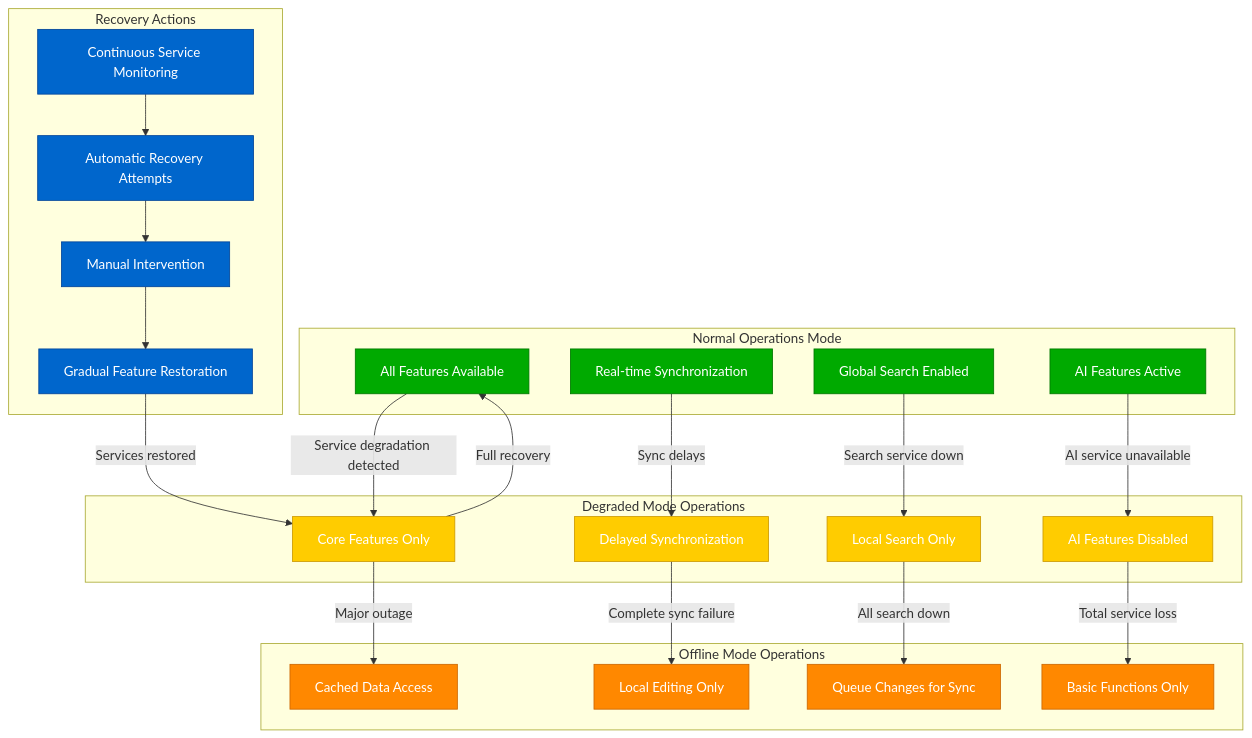
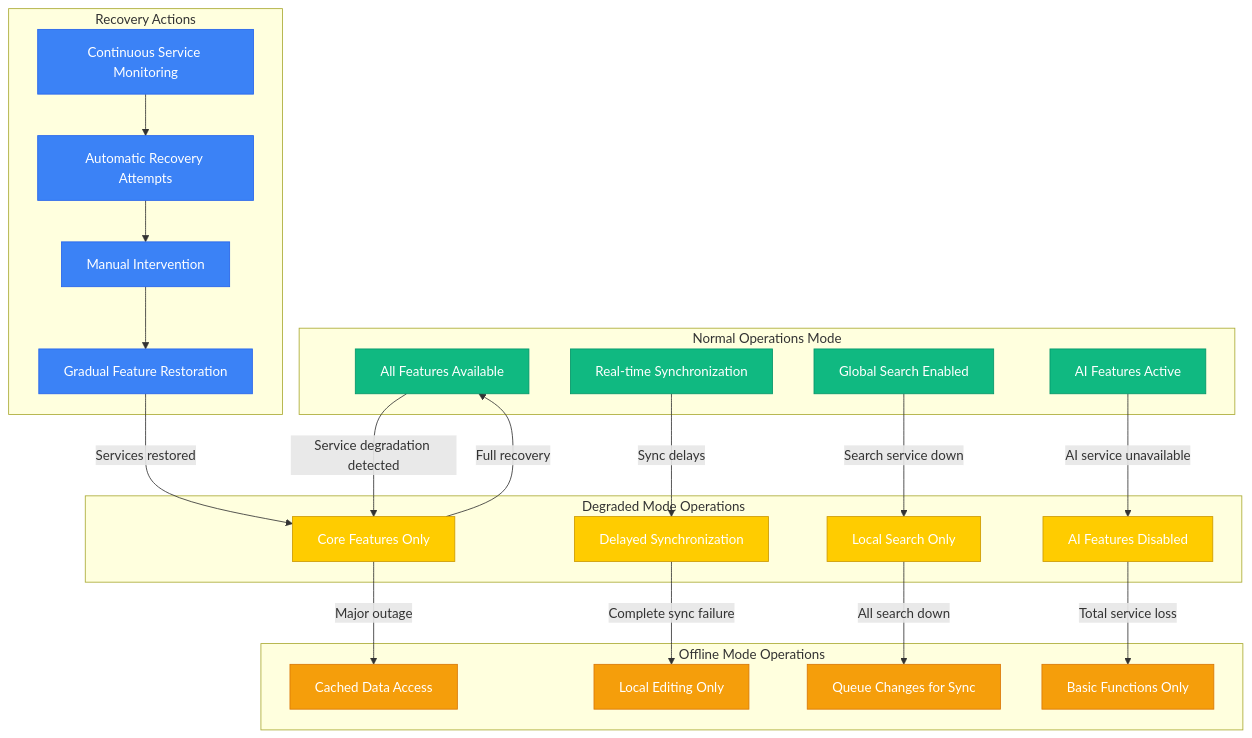
One commit to deepaucksharma/DS changed the sixth of 10 diagrams in site/docs/systems/microsoft/failure-domains.md. Above: the diagram before and after it, drawn with Mermaid. The commit also changed other lines of this file and 303 other files, not shown here.

````diff
--- a/site/docs/systems/microsoft/failure-domains.md
+++ b/site/docs/systems/microsoft/failure-domains.md
@@ -305,61 +305,61 @@
 ```mermaid
 graph TB
     subgraph NormalOperations[Normal Operations Mode]
         FULL_FEATURES[All Features Available]
         REAL_TIME_SYNC[Real-time Synchronization]
         GLOBAL_SEARCH[Global Search Enabled]
         AI_FEATURES[AI Features Active]
     end
 
     subgraph DegradedMode[Degraded Mode Operations]
         CORE_FEATURES[Core Features Only]
         DELAYED_SYNC[Delayed Synchronization]
         LOCAL_SEARCH[Local Search Only]
         AI_DISABLED[AI Features Disabled]
     end
 
     subgraph OfflineMode[Offline Mode Operations]
         CACHED_DATA[Cached Data Access]
         LOCAL_EDITING[Local Editing Only]
         QUEUE_CHANGES[Queue Changes for Sync]
         BASIC_FUNCTIONS[Basic Functions Only]
     end
 
     subgraph RecoveryActions[Recovery Actions]
         SERVICE_MONITORING[Continuous Service Monitoring]
         AUTOMATIC_RECOVERY[Automatic Recovery Attempts]
         MANUAL_INTERVENTION[Manual Intervention]
         GRADUAL_RESTORATION[Gradual Feature Restoration]
     end
 
     %% Normal to degraded transition
     FULL_FEATURES -->|"Service degradation detected"| CORE_FEATURES
     REAL_TIME_SYNC -->|"Sync delays"| DELAYED_SYNC
     GLOBAL_SEARCH -->|"Search service down"| LOCAL_SEARCH
     AI_FEATURES -->|"AI service unavailable"| AI_DISABLED
 
     %% Degraded to offline transition
     CORE_FEATURES -->|"Major outage"| CACHED_DATA
     DELAYED_SYNC -->|"Complete sync failure"| LOCAL_EDITING
     LOCAL_SEARCH -->|"All search down"| QUEUE_CHANGES
     AI_DISABLED -->|"Total service loss"| BASIC_FUNCTIONS
 
     %% Recovery mechanisms
     SERVICE_MONITORING --> AUTOMATIC_RECOVERY
     AUTOMATIC_RECOVERY --> MANUAL_INTERVENTION
     MANUAL_INTERVENTION --> GRADUAL_RESTORATION
 
     %% Recovery paths
     GRADUAL_RESTORATION -->|"Services restored"| CORE_FEATURES
     CORE_FEATURES -->|"Full recovery"| FULL_FEATURES
 
-    classDef normalStyle fill:#00AA00,stroke:#007700,color:#fff
+    classDef normalStyle fill:#10B981,stroke:#059669,color:#fff
     classDef degradedStyle fill:#FFCC00,stroke:#CC9900,color:#fff
-    classDef offlineStyle fill:#FF8800,stroke:#CC6600,color:#fff
-    classDef recoveryStyle fill:#0066CC,stroke:#004499,color:#fff
+    classDef offlineStyle fill:#F59E0B,stroke:#D97706,color:#fff
+    classDef recoveryStyle fill:#3B82F6,stroke:#2563EB,color:#fff
 
     class FULL_FEATURES,REAL_TIME_SYNC,GLOBAL_SEARCH,AI_FEATURES normalStyle
     class CORE_FEATURES,DELAYED_SYNC,LOCAL_SEARCH,AI_DISABLED degradedStyle
     class CACHED_DATA,LOCAL_EDITING,QUEUE_CHANGES,BASIC_FUNCTIONS offlineStyle
     class SERVICE_MONITORING,AUTOMATIC_RECOVERY,MANUAL_INTERVENTION,GRADUAL_RESTORATION recoveryStyle
 ```
````
